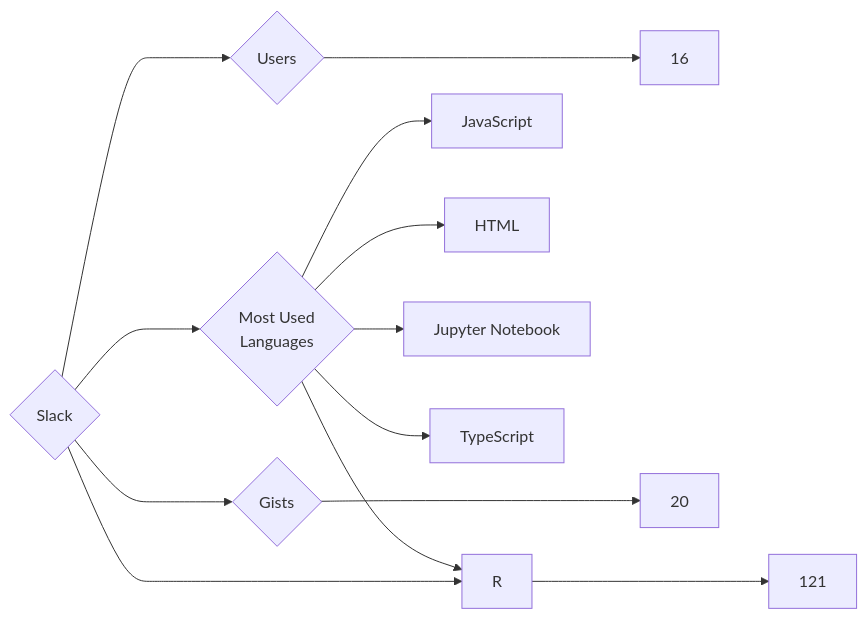
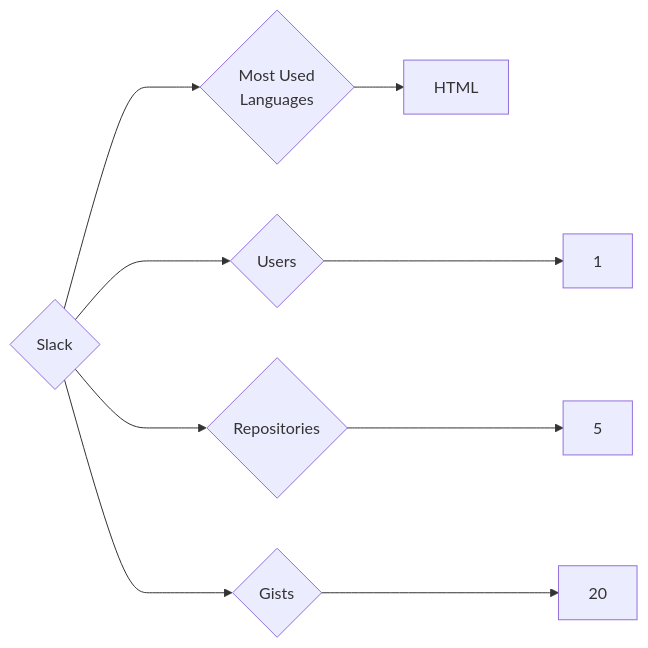
One commit to trickest/insiders changed the diagram in targets/Slack/README.md. Above: the diagram before and after it, drawn with Mermaid. The commit also changed 823 other files, not shown here.

````diff
--- a/targets/Slack/README.md
+++ b/targets/Slack/README.md
@@ -3,13 +3,9 @@
 ```mermaid
 graph LR
 COMPANY_NAME{Slack}
-COMPANY_NAME ---> U{Users} ---> UN[16]
-COMPANY_NAME ---> R{Repositories} ---> RN[121]
+COMPANY_NAME ---> U{Users} ---> UN[1]
+COMPANY_NAME ---> R{Repositories} ---> RN[5]
 COMPANY_NAME ---> G{Gists} ---> GN[20]
 COMPANY_NAME ---> ML{Most Used<br>Languages}
-ML --> JavaScript[JavaScript]
 ML --> HTML[HTML]
-ML --> Jupyter_Notebook[Jupyter Notebook]
-ML --> R[R]
-ML --> TypeScript[TypeScript]
 ```
````
